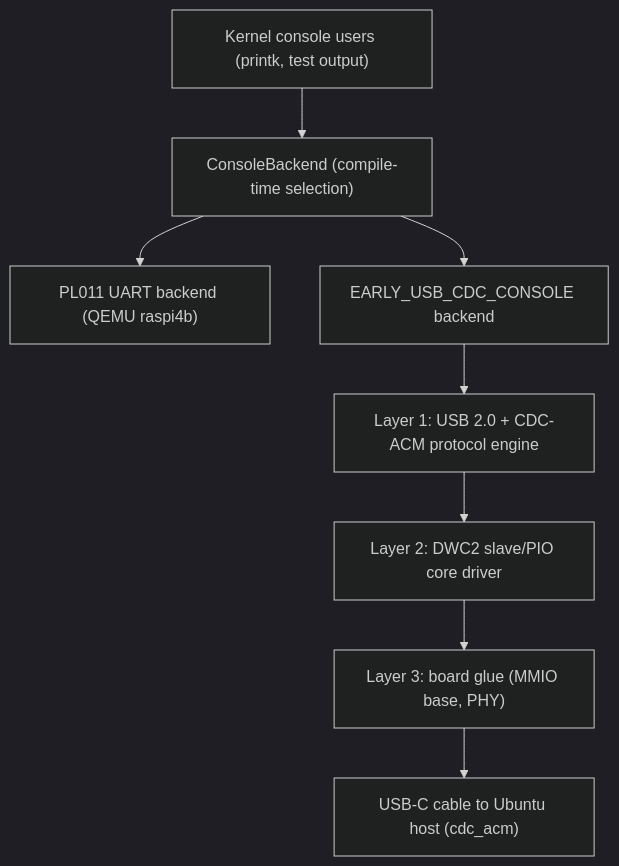
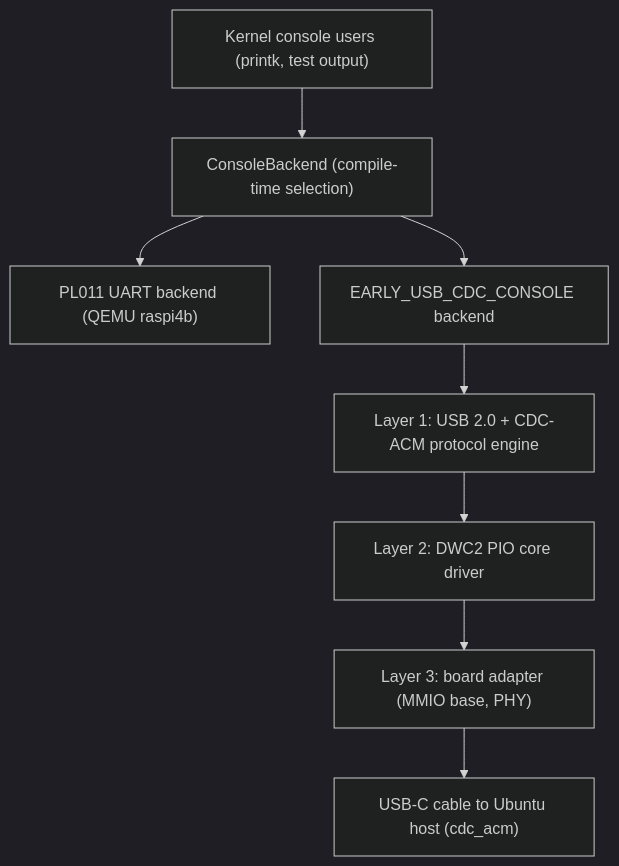
The diagram in docs/30-architecture/adr/ADR_0058.md (Deniz-Eren/microkernel), drawn with Mermaid (dark theme) before and after one commit. The commit also changed other lines of this file and 151 other files, not shown here.

````diff
--- a/docs/30-architecture/adr/ADR_0058.md
+++ b/docs/30-architecture/adr/ADR_0058.md
@@ -27,18 +28,18 @@
 ```mermaid
 flowchart TD
     K["Kernel console users (printk, test output)"]
     CB["ConsoleBackend (compile-time selection)"]
     UART["PL011 UART backend (QEMU raspi4b)"]
     USB["EARLY_USB_CDC_CONSOLE backend"]
     P["Layer 1: USB 2.0 + CDC-ACM protocol engine"]
-    D["Layer 2: DWC2 slave/PIO core driver"]
-    G["Layer 3: board glue (MMIO base, PHY)"]
+    D["Layer 2: DWC2 PIO core driver"]
+    G["Layer 3: board adapter (MMIO base, PHY)"]
     H["USB-C cable to Ubuntu host (cdc_acm)"]
     K --> CB
     CB --> UART
     CB --> USB
     USB --> P
     P --> D
     D --> G
     G --> H
 ```
````
